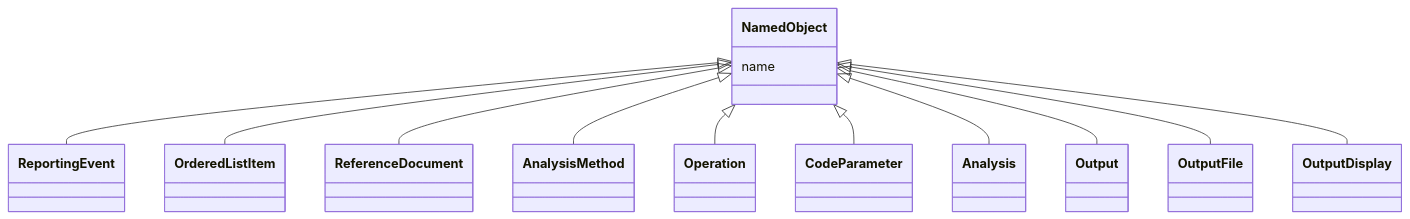
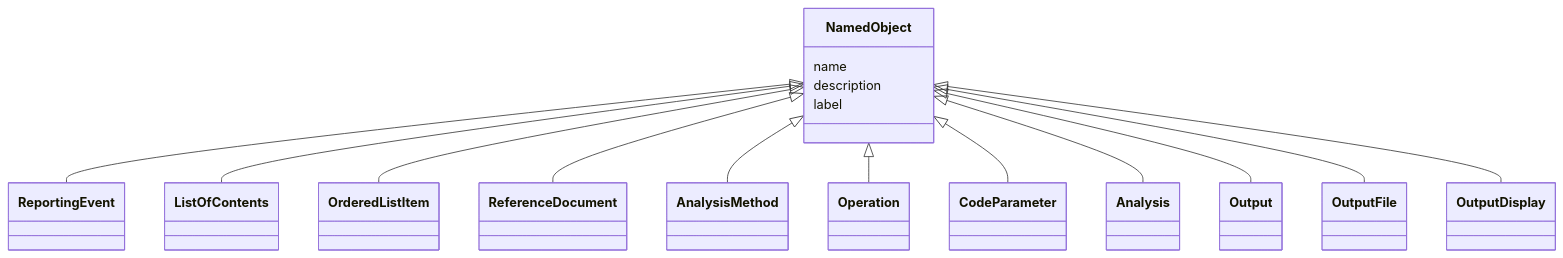
One commit to cdisc-org/analysis-results-standard changed the diagram in project/docs/NamedObject.md. Above: the diagram before and after it, drawn with Mermaid. The commit also changed other lines of this file and 132 other files, not shown here.

````diff
--- a/project/docs/NamedObject.md
+++ b/project/docs/NamedObject.md
@@ -13,16 +13,19 @@
 ```mermaid
  classDiagram
     class NamedObject
       NamedObject <|-- ReportingEvent
+      NamedObject <|-- ListOfContents
       NamedObject <|-- OrderedListItem
       NamedObject <|-- ReferenceDocument
       NamedObject <|-- AnalysisMethod
       NamedObject <|-- Operation
       NamedObject <|-- CodeParameter
       NamedObject <|-- Analysis
       NamedObject <|-- Output
       NamedObject <|-- OutputFile
       NamedObject <|-- OutputDisplay
       NamedObject : name        
+        NamedObject : description        
+        NamedObject : label        
         
 ```
````
